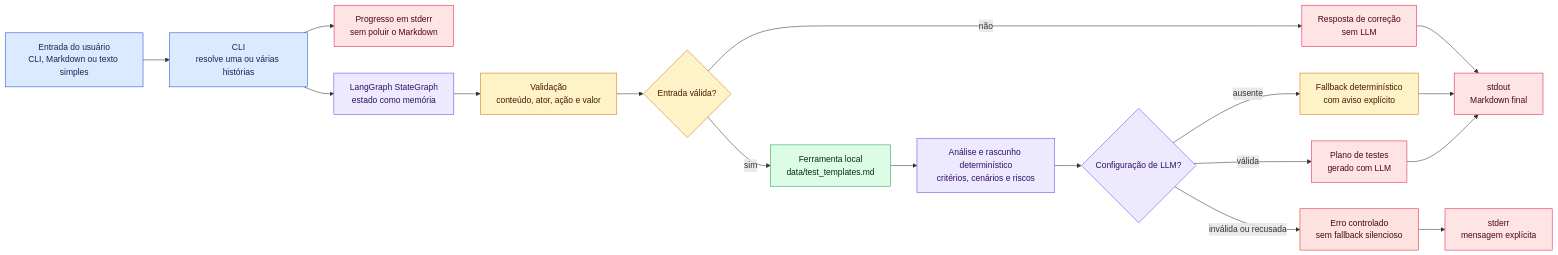
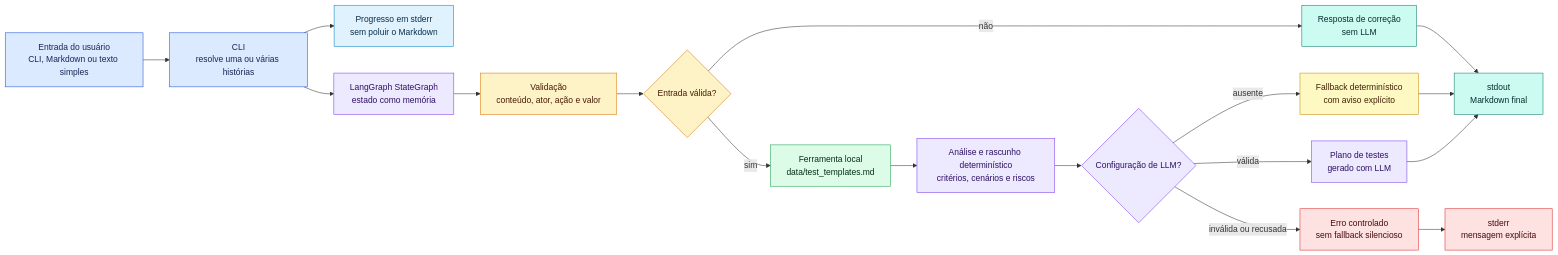
Before and after one commit to geocarlos/test-plan-agent: the first of 2 diagrams in README.md, drawn with Mermaid. The commit also changed other lines of this file and 5 other files, not shown here.

Commit message:
docs: update presentation diagrams

````diff
--- a/README.md
+++ b/README.md
@@ -42,34 +42,38 @@
 ```mermaid
 flowchart LR
     user_input[Entrada do usuário<br/>CLI, Markdown ou texto simples] --> cli[CLI<br/>resolve uma ou várias histórias]
     cli --> progress[Progresso em stderr<br/>sem poluir o Markdown]
     cli --> graph_state[LangGraph StateGraph<br/>estado como memória]
     graph_state --> validate[Validação<br/>conteúdo, ator, ação e valor]
     validate --> validation_gate{Entrada válida?}
     validation_gate -->|não| correction[Resposta de correção<br/>sem LLM]
     validation_gate -->|sim| context[Ferramenta local<br/>data/test_templates.md]
     context --> deterministic[Análise e rascunho determinístico<br/>critérios, cenários e riscos]
     deterministic --> llm{Configuração de LLM?}
     llm -->|ausente| fallback[Fallback determinístico<br/>com aviso explícito]
     llm -->|válida| plan[Plano de testes<br/>gerado com LLM]
     llm -->|inválida ou recusada| controlled_error[Erro controlado<br/>sem fallback silencioso]
     fallback --> output[stdout<br/>Markdown final]
     plan --> output
     correction --> output
     controlled_error --> stderr_error[stderr<br/>mensagem explícita]
 
     classDef inputClass fill:#dbeafe,stroke:#1d4ed8,color:#172554
     classDef validationClass fill:#fef3c7,stroke:#d97706,color:#451a03
     classDef toolClass fill:#dcfce7,stroke:#16a34a,color:#052e16
     classDef graphClass fill:#ede9fe,stroke:#7c3aed,color:#2e1065
-    classDef outputClass fill:#ffe4e6,stroke:#e11d48,color:#4c0519
+    classDef fallbackClass fill:#fef9c3,stroke:#ca8a04,color:#422006
+    classDef stdoutClass fill:#ccfbf1,stroke:#0f766e,color:#042f2e
+    classDef stderrClass fill:#e0f2fe,stroke:#0284c7,color:#082f49
     classDef errorClass fill:#fee2e2,stroke:#dc2626,color:#450a0a
 
     class user_input,cli inputClass
     class validate,validation_gate validationClass
     class context toolClass
     class graph_state,deterministic,llm graphClass
-    class correction,plan,output,progress,stderr_error outputClass
-    class fallback validationClass
-    class controlled_error errorClass
+    class correction,output stdoutClass
+    class plan graphClass
+    class progress stderrClass
+    class fallback fallbackClass
+    class controlled_error,stderr_error errorClass
 ```
````
